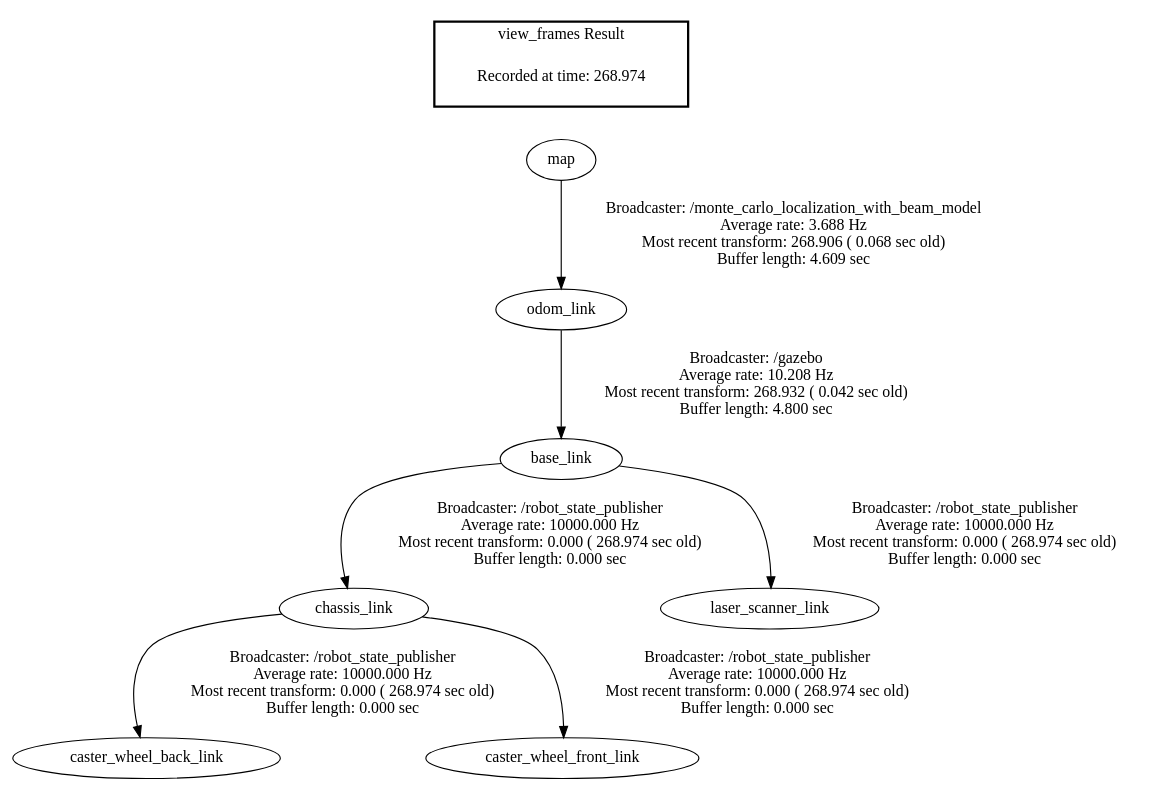
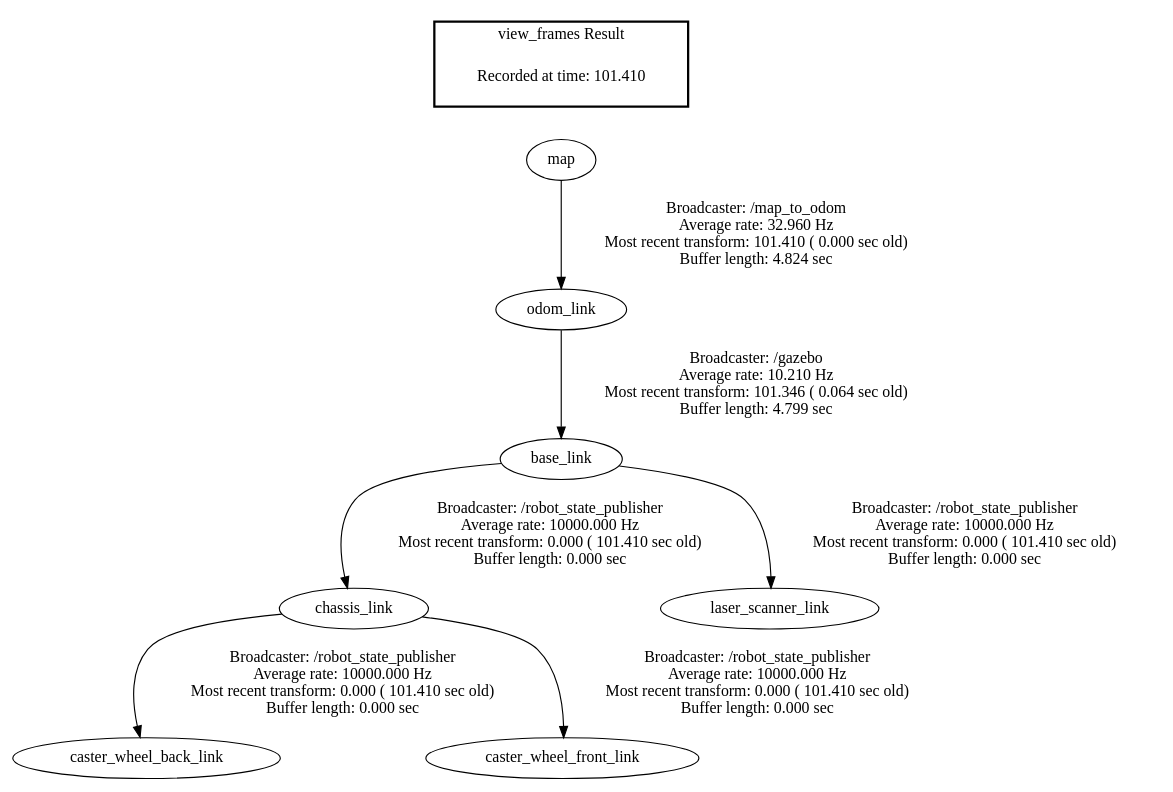
One commit to Eiko-Smid/ROS_RBPF_SLAM_Optimized_Proposal changed the diagram in frames.gv. Above: the diagram before and after it, drawn with Graphviz. The commit also changed 13 other files, not shown here.

```diff
--- a/frames.gv
+++ b/frames.gv
@@ -1,12 +1,12 @@
 digraph G {
-"base_link" -> "chassis_link"[label="Broadcaster: /robot_state_publisher\nAverage rate: 10000.000 Hz\nMost recent transform: 0.000 ( 268.974 sec old)\nBuffer length: 0.000 sec\n"];
-"odom_link" -> "base_link"[label="Broadcaster: /gazebo\nAverage rate: 10.208 Hz\nMost recent transform: 268.932 ( 0.042 sec old)\nBuffer length: 4.800 sec\n"];
-"chassis_link" -> "caster_wheel_back_link"[label="Broadcaster: /robot_state_publisher\nAverage rate: 10000.000 Hz\nMost recent transform: 0.000 ( 268.974 sec old)\nBuffer length: 0.000 sec\n"];
-"chassis_link" -> "caster_wheel_front_link"[label="Broadcaster: /robot_state_publisher\nAverage rate: 10000.000 Hz\nMost recent transform: 0.000 ( 268.974 sec old)\nBuffer length: 0.000 sec\n"];
-"base_link" -> "laser_scanner_link"[label="Broadcaster: /robot_state_publisher\nAverage rate: 10000.000 Hz\nMost recent transform: 0.000 ( 268.974 sec old)\nBuffer length: 0.000 sec\n"];
-"map" -> "odom_link"[label="Broadcaster: /monte_carlo_localization_with_beam_model\nAverage rate: 3.688 Hz\nMost recent transform: 268.906 ( 0.068 sec old)\nBuffer length: 4.609 sec\n"];
+"base_link" -> "chassis_link"[label="Broadcaster: /robot_state_publisher\nAverage rate: 10000.000 Hz\nMost recent transform: 0.000 ( 101.410 sec old)\nBuffer length: 0.000 sec\n"];
+"odom_link" -> "base_link"[label="Broadcaster: /gazebo\nAverage rate: 10.210 Hz\nMost recent transform: 101.346 ( 0.064 sec old)\nBuffer length: 4.799 sec\n"];
+"chassis_link" -> "caster_wheel_back_link"[label="Broadcaster: /robot_state_publisher\nAverage rate: 10000.000 Hz\nMost recent transform: 0.000 ( 101.410 sec old)\nBuffer length: 0.000 sec\n"];
+"chassis_link" -> "caster_wheel_front_link"[label="Broadcaster: /robot_state_publisher\nAverage rate: 10000.000 Hz\nMost recent transform: 0.000 ( 101.410 sec old)\nBuffer length: 0.000 sec\n"];
+"base_link" -> "laser_scanner_link"[label="Broadcaster: /robot_state_publisher\nAverage rate: 10000.000 Hz\nMost recent transform: 0.000 ( 101.410 sec old)\nBuffer length: 0.000 sec\n"];
+"map" -> "odom_link"[label="Broadcaster: /map_to_odom\nAverage rate: 32.960 Hz\nMost recent transform: 101.410 ( 0.000 sec old)\nBuffer length: 4.824 sec\n"];
 edge [style=invis];
  subgraph cluster_legend { style=bold; color=black; label ="view_frames Result";
-"Recorded at time: 268.974"[ shape=plaintext ] ;
+"Recorded at time: 101.410"[ shape=plaintext ] ;
  }->"map";
 }
```
